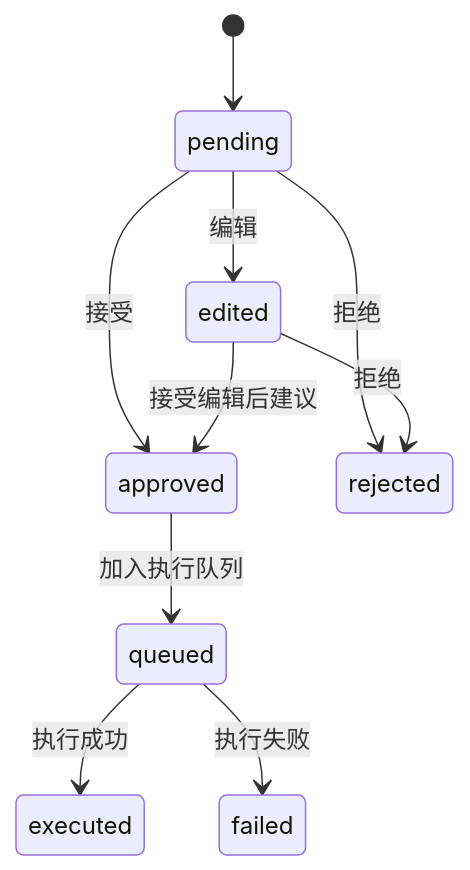
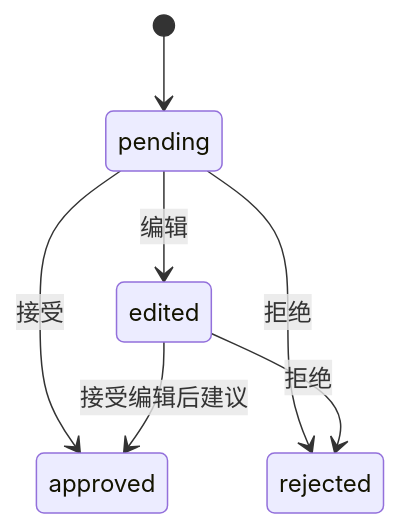
One commit to nagyan78/SystemMaintenanceAgent changed the diagram in dev-doc/06_人工审核开发设计.md. Above: the diagram before and after it, drawn with Mermaid. The commit also changed other lines of this file and 29 other files, not shown here.

````diff
--- a/dev-doc/06_人工审核开发设计.md
+++ b/dev-doc/06_人工审核开发设计.md
@@ -62,12 +62,9 @@
 ```mermaid
 stateDiagram-v2
     [*] --> pending
     pending --> approved: 接受
     pending --> rejected: 拒绝
     pending --> edited: 编辑
     edited --> approved: 接受编辑后建议
     edited --> rejected: 拒绝
-    approved --> queued: 加入执行队列
-    queued --> executed: 执行成功
-    queued --> failed: 执行失败
 ```
````
